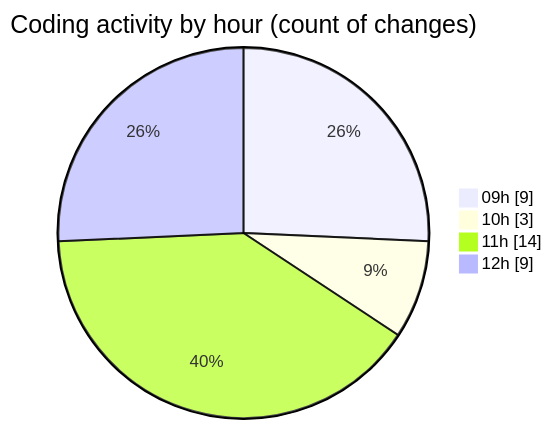
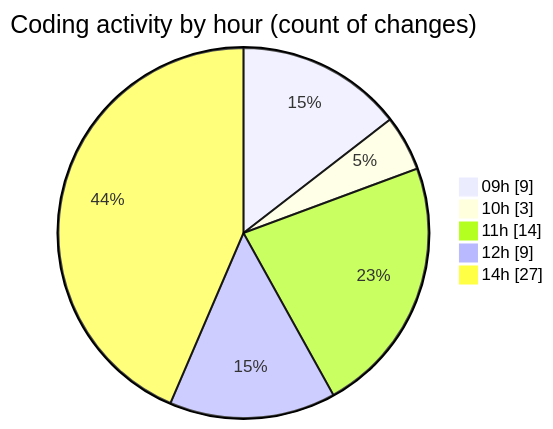
One commit to momahboobian/code-tracking changed the second of 2 diagrams in 2026-08-17/cda/README.md. Above: the diagram before and after it, drawn with Mermaid. The commit also changed other lines of this file and 1 other file, not shown here.

````diff
--- a/2026-08-17/cda/README.md
+++ b/2026-08-17/cda/README.md
@@ -38,8 +50,9 @@
 ```mermaid
 pie showData
 title Coding activity by hour (count of changes)
 "09h" : 9
 "10h" : 3
 "11h" : 14
 "12h" : 9
+"14h" : 27
 ```
````
